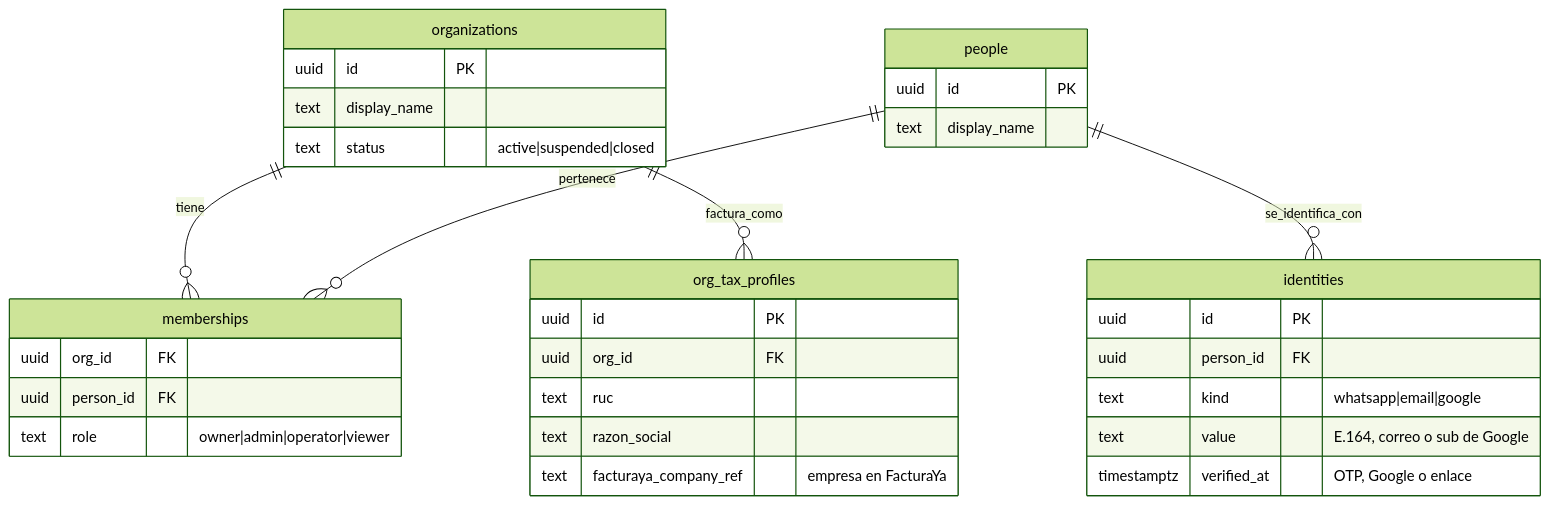
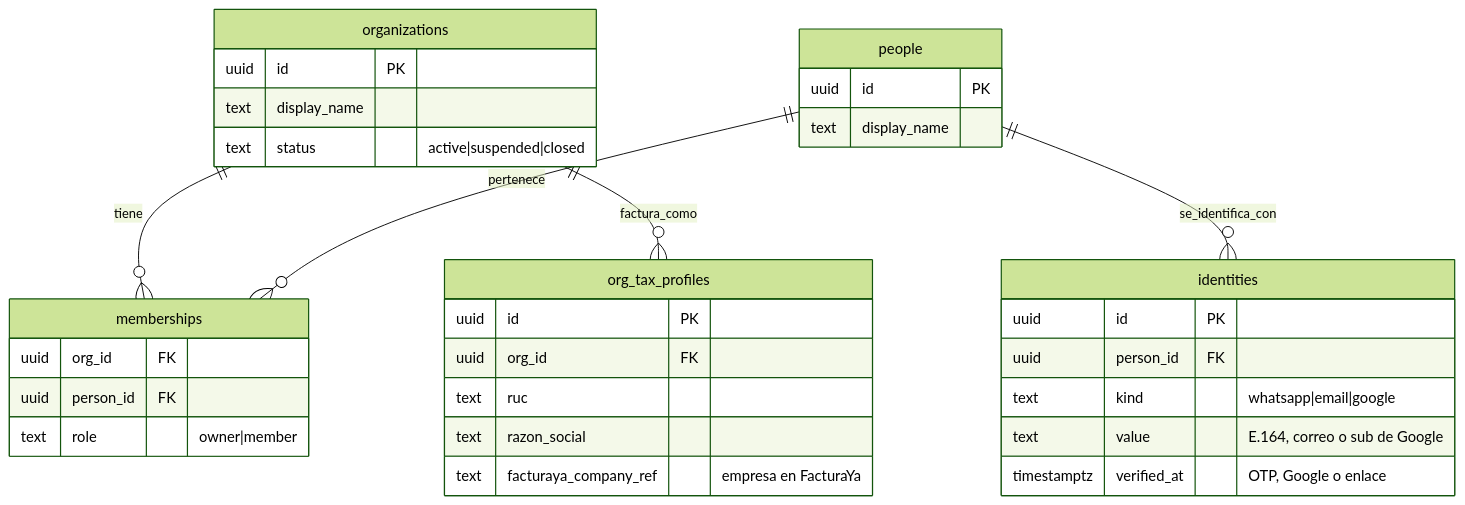
One commit to DiogoFabricioAG/meowlab changed the second of 6 diagrams in docs/architecture/erp-modelo-datos-borrador.md. Above: the diagram before and after it, drawn with Mermaid (forest theme). The commit also changed other lines of this file, not shown here.

````diff
--- a/docs/architecture/erp-modelo-datos-borrador.md
+++ b/docs/architecture/erp-modelo-datos-borrador.md
@@ -92,35 +95,35 @@
 ```mermaid
 erDiagram
   organizations ||--o{ memberships : tiene
   people ||--o{ memberships : pertenece
   people ||--o{ identities : se_identifica_con
   organizations ||--o{ org_tax_profiles : factura_como
   organizations {
     uuid id PK
     text display_name
     text status "active|suspended|closed"
   }
   org_tax_profiles {
     uuid id PK
     uuid org_id FK
     text ruc
     text razon_social
     text facturaya_company_ref "empresa en FacturaYa"
   }
   people {
     uuid id PK
     text display_name
   }
   identities {
     uuid id PK
     uuid person_id FK
     text kind "whatsapp|email|google"
     text value "E.164, correo o sub de Google"
     timestamptz verified_at "OTP, Google o enlace"
   }
   memberships {
     uuid org_id FK
     uuid person_id FK
-    text role "owner|admin|operator|viewer"
+    text role "owner|member"
   }
 ```
````
